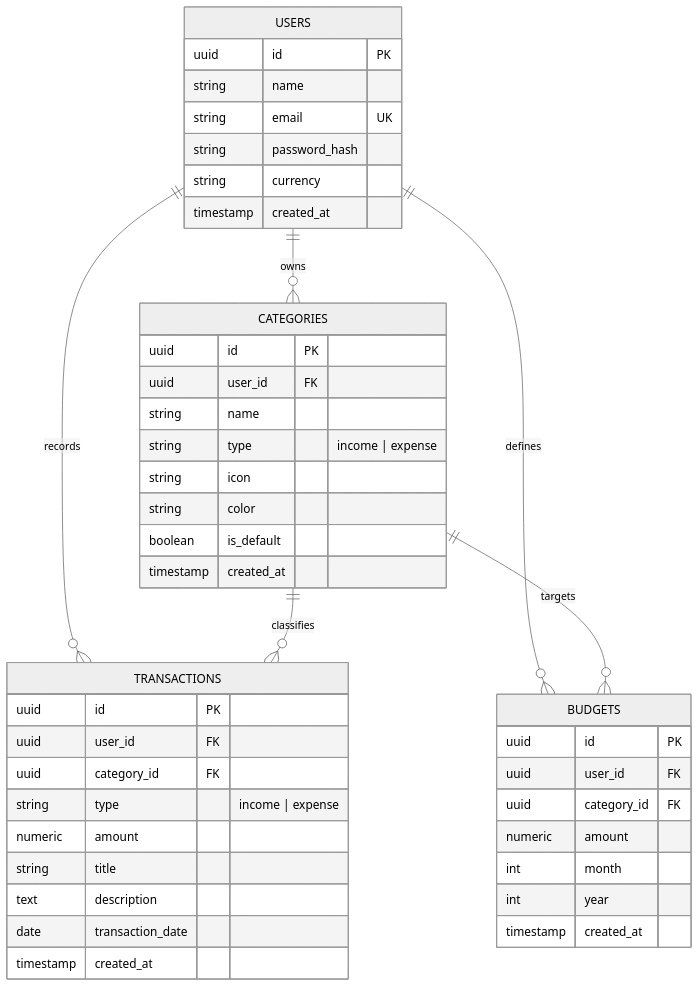
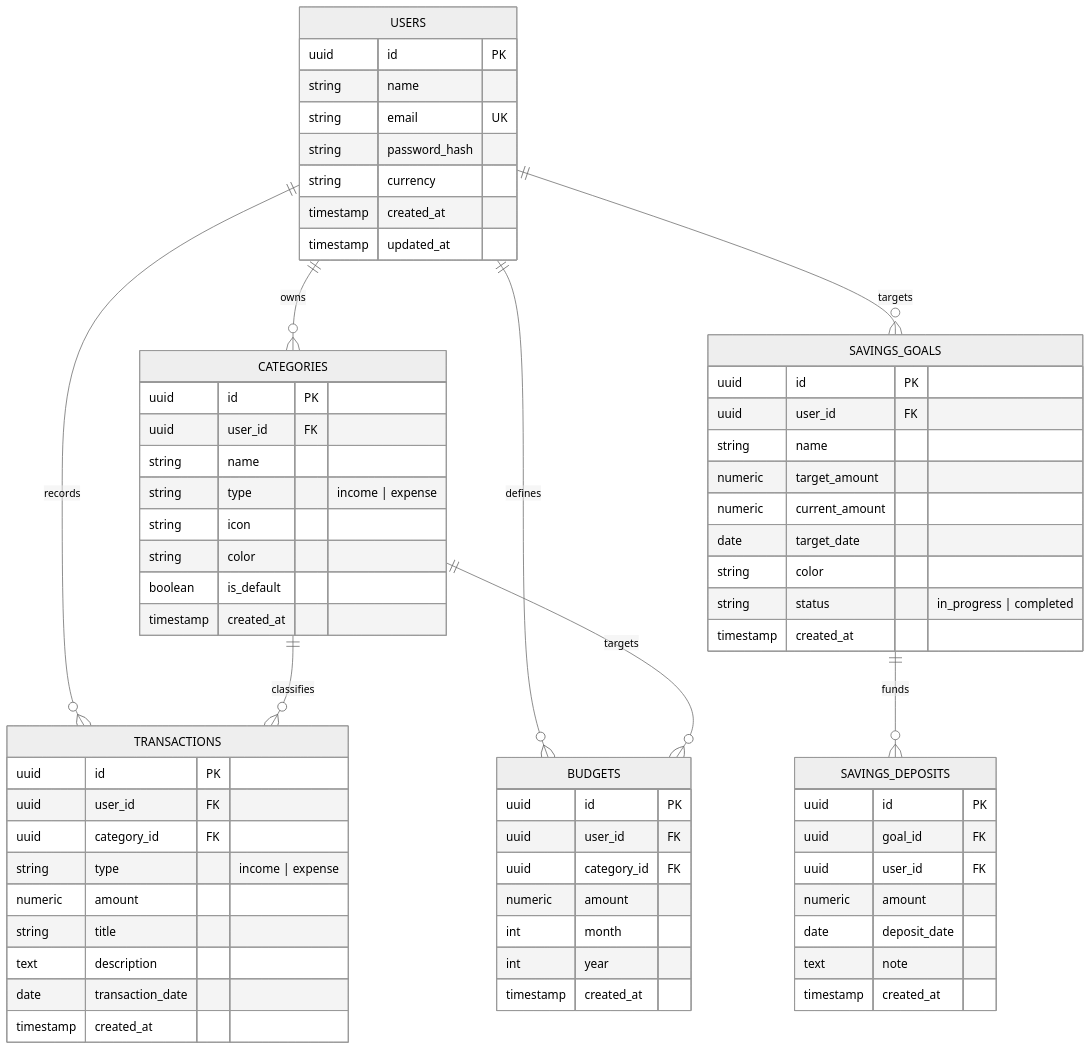
Before and after one commit to Karthikeyan-kk21/FinTrack-Expense-Tracker: the diagram in README.md, drawn with Mermaid (neutral theme). The commit also changed other lines of this file, not shown here.

````diff
--- a/README.md
+++ b/README.md
@@ -80,50 +96,75 @@
 ```mermaid
 erDiagram
     USERS ||--o{ CATEGORIES : "owns"
     USERS ||--o{ TRANSACTIONS : "records"
     USERS ||--o{ BUDGETS : "defines"
+    USERS ||--o{ SAVINGS_GOALS : "targets"
+    SAVINGS_GOALS ||--o{ SAVINGS_DEPOSITS : "funds"
     CATEGORIES ||--o{ TRANSACTIONS : "classifies"
     CATEGORIES ||--o{ BUDGETS : "targets"
 
     USERS {
         uuid id PK
         string name
         string email UK
         string password_hash
         string currency
         timestamp created_at
+        timestamp updated_at
     }
 
     CATEGORIES {
         uuid id PK
         uuid user_id FK
         string name
         string type "income | expense"
         string icon
         string color
         boolean is_default
         timestamp created_at
     }
 
     TRANSACTIONS {
         uuid id PK
         uuid user_id FK
         uuid category_id FK
         string type "income | expense"
         numeric amount
         string title
         text description
         date transaction_date
         timestamp created_at
     }
 
     BUDGETS {
         uuid id PK
         uuid user_id FK
         uuid category_id FK
         numeric amount
         int month
         int year
         timestamp created_at
     }
+
+    SAVINGS_GOALS {
+        uuid id PK
+        uuid user_id FK
+        string name
+        numeric target_amount
+        numeric current_amount
+        date target_date
+        string color
+        string status "in_progress | completed"
+        timestamp created_at
+    }
+
+    SAVINGS_DEPOSITS {
+        uuid id PK
+        uuid goal_id FK
+        uuid user_id FK
+        numeric amount
+        date deposit_date
+        text note
+        timestamp created_at
+    }
 ```
````
